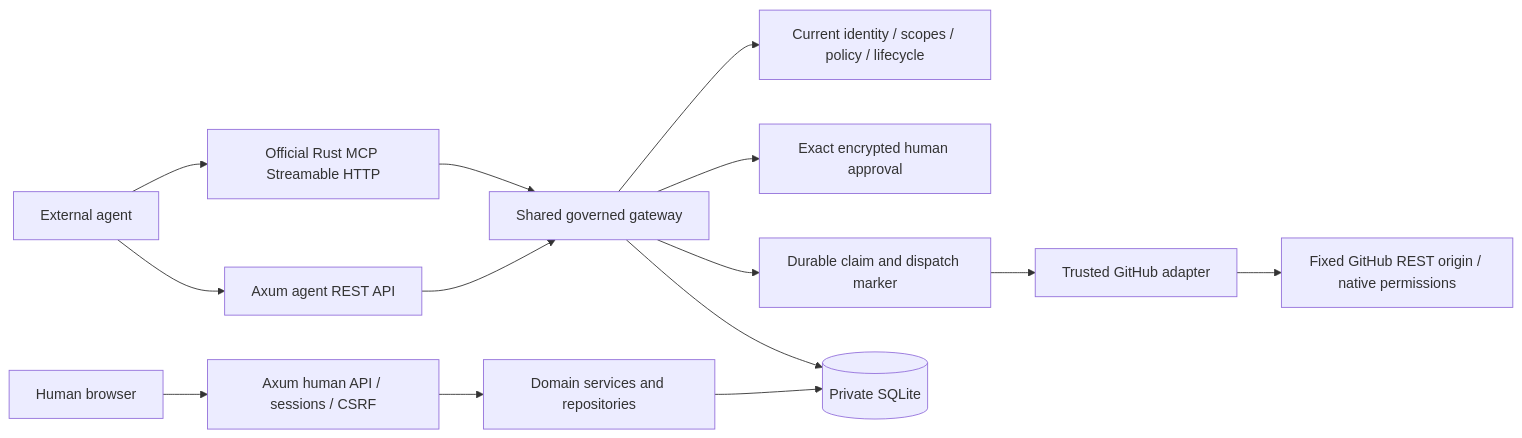
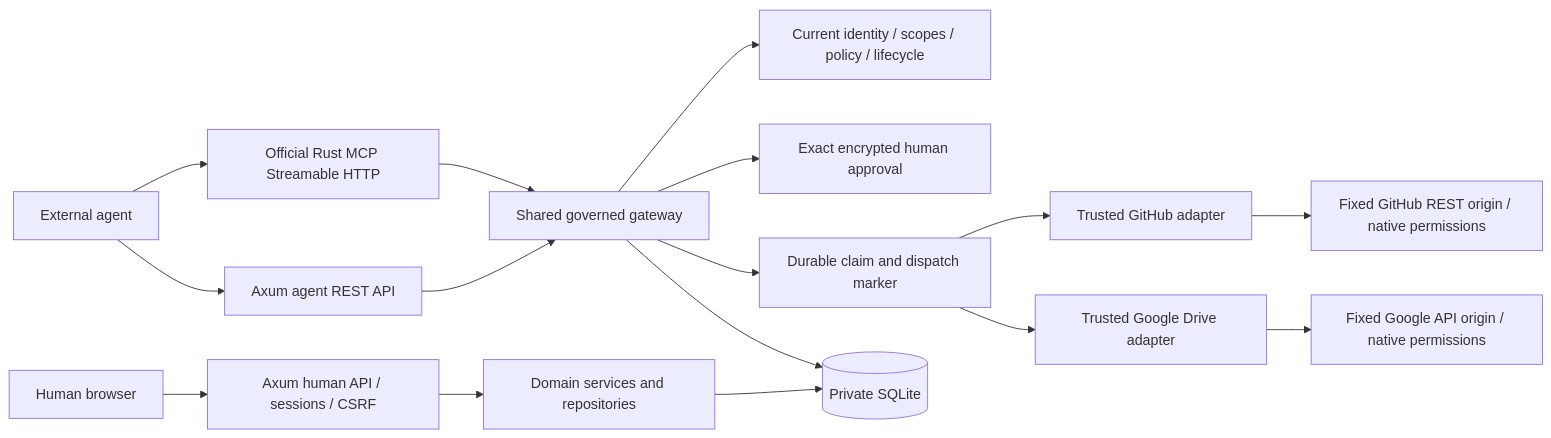
The diagram in ARCHITECTURE.md (jonashvh-id/Agent-Control), drawn with Mermaid before and after one commit. The commit also changed other lines of this file and 60 other files, not shown here.

Commit message:
Add governed Google Drive and model-driven product workflows

````diff
--- a/ARCHITECTURE.md
+++ b/ARCHITECTURE.md
@@ -5,16 +5,18 @@
 ```mermaid
 flowchart LR
     H[Human browser] --> R[Axum human API / sessions / CSRF]
     A[External agent] --> M[Official Rust MCP Streamable HTTP]
     A --> E[Axum agent REST API]
     M --> G[Shared governed gateway]
     E --> G
     R --> D[Domain services and repositories]
     G --> P[Current identity / scopes / policy / lifecycle]
     G --> Q[Exact encrypted human approval]
     G --> X[Durable claim and dispatch marker]
     X --> C[Trusted GitHub adapter]
     C --> GH[Fixed GitHub REST origin / native permissions]
+    X --> GD[Trusted Google Drive adapter]
+    GD --> GA[Fixed Google API origin / native permissions]
     D --> DB[(Private SQLite)]
     G --> DB
 ```
````
